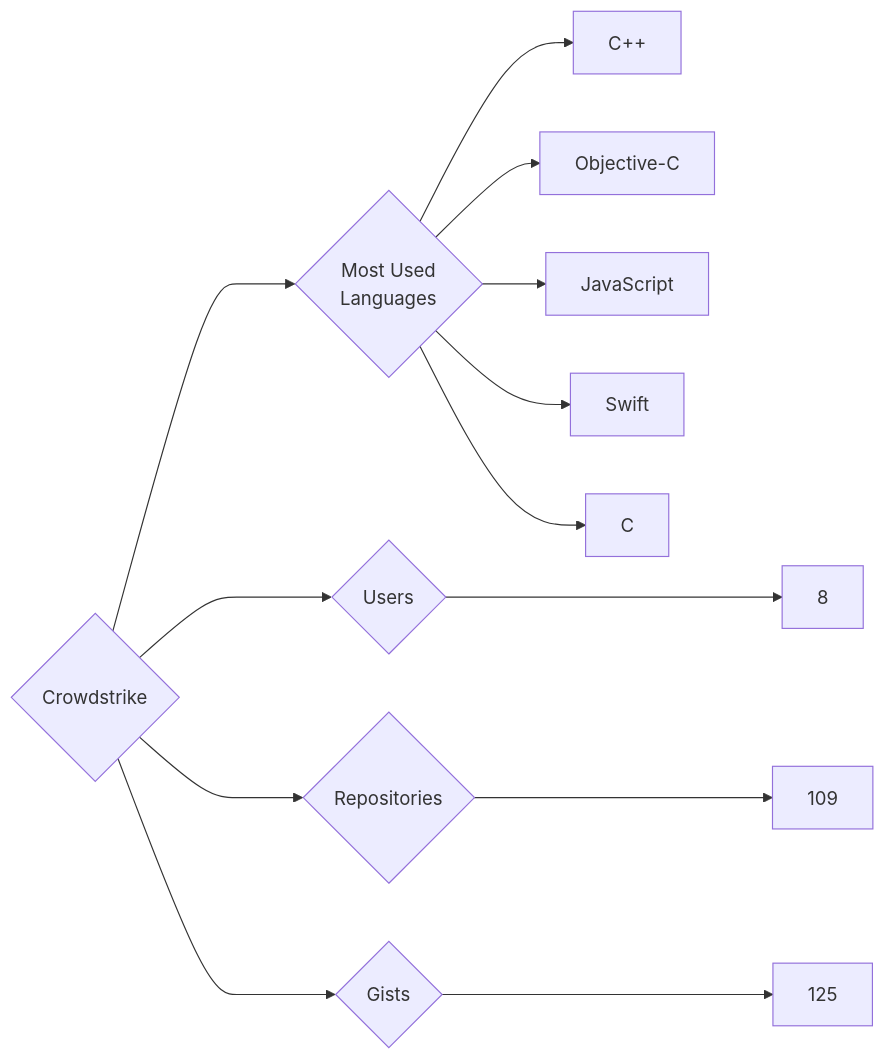
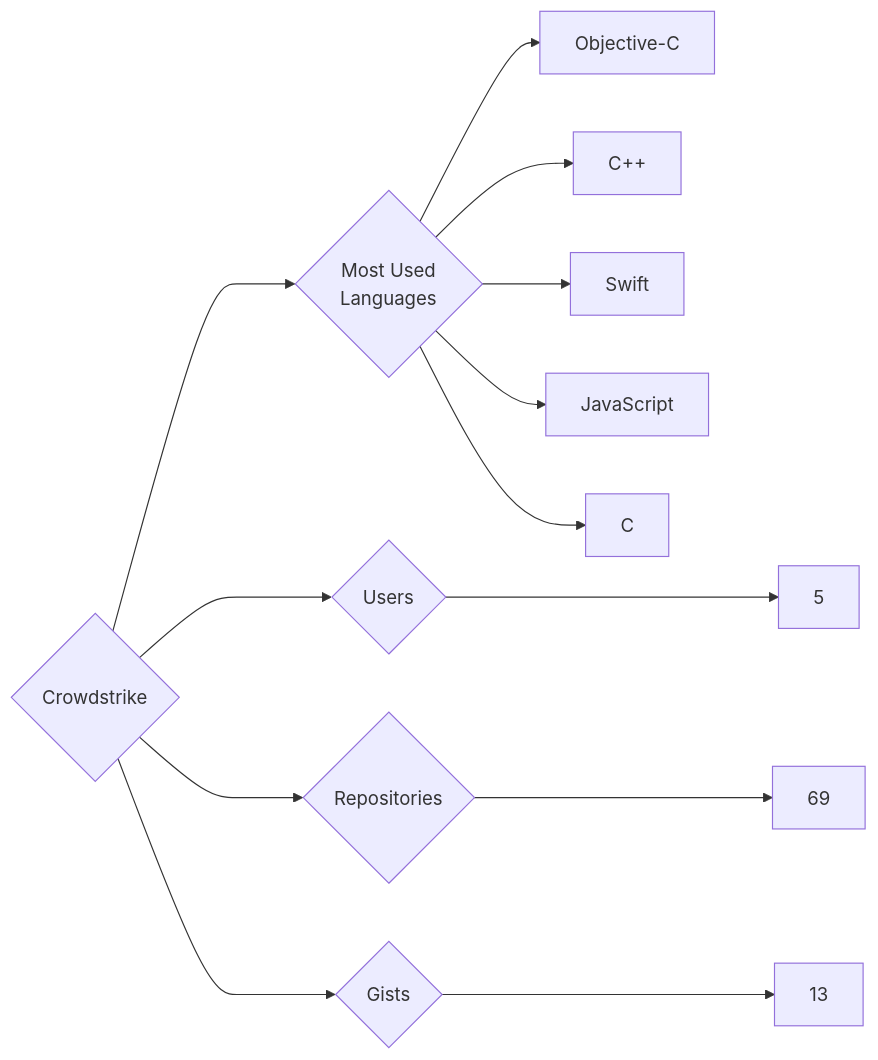
The diagram in targets/Crowdstrike/README.md (trickest/insiders), drawn with Mermaid before and after one commit. The commit also changed 1023 other files, not shown here.

````diff
--- a/targets/Crowdstrike/README.md
+++ b/targets/Crowdstrike/README.md
@@ -3,13 +3,13 @@
 ```mermaid
 graph LR
 COMPANY_NAME{Crowdstrike}
-COMPANY_NAME ---> U{Users} ---> UN[8]
-COMPANY_NAME ---> R{Repositories} ---> RN[109]
-COMPANY_NAME ---> G{Gists} ---> GN[125]
+COMPANY_NAME ---> U{Users} ---> UN[5]
+COMPANY_NAME ---> R{Repositories} ---> RN[69]
+COMPANY_NAME ---> G{Gists} ---> GN[13]
 COMPANY_NAME ---> ML{Most Used<br>Languages}
+ML --> Objective-C[Objective-C]
 ML --> C++[C++]
-ML --> Objective-C[Objective-C]
+ML --> Swift[Swift]
 ML --> JavaScript[JavaScript]
-ML --> Swift[Swift]
 ML --> C[C]
 ```
````
